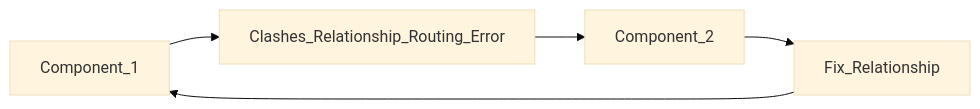
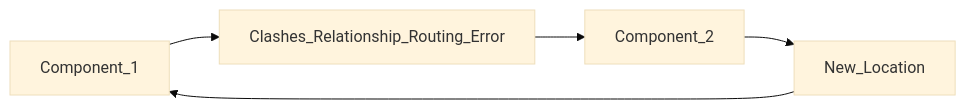
Before and after one commit to magnetar-io/strange_matter_specification: the third of 4 diagrams in README.md, drawn with Mermaid (base theme). The commit also changed other lines of this file, not shown here.

````diff
--- a/README.md
+++ b/README.md
@@ -74,5 +74,5 @@
   ```mermaid
   flowchart LR
       Component_1 --> Clashes_Relationship_Routing_Error
-  		 --> Component_2 -->Fix_Relationship-->Component_1
+  		 --> Component_2 -->New_Location-->Component_1
   ```
````
